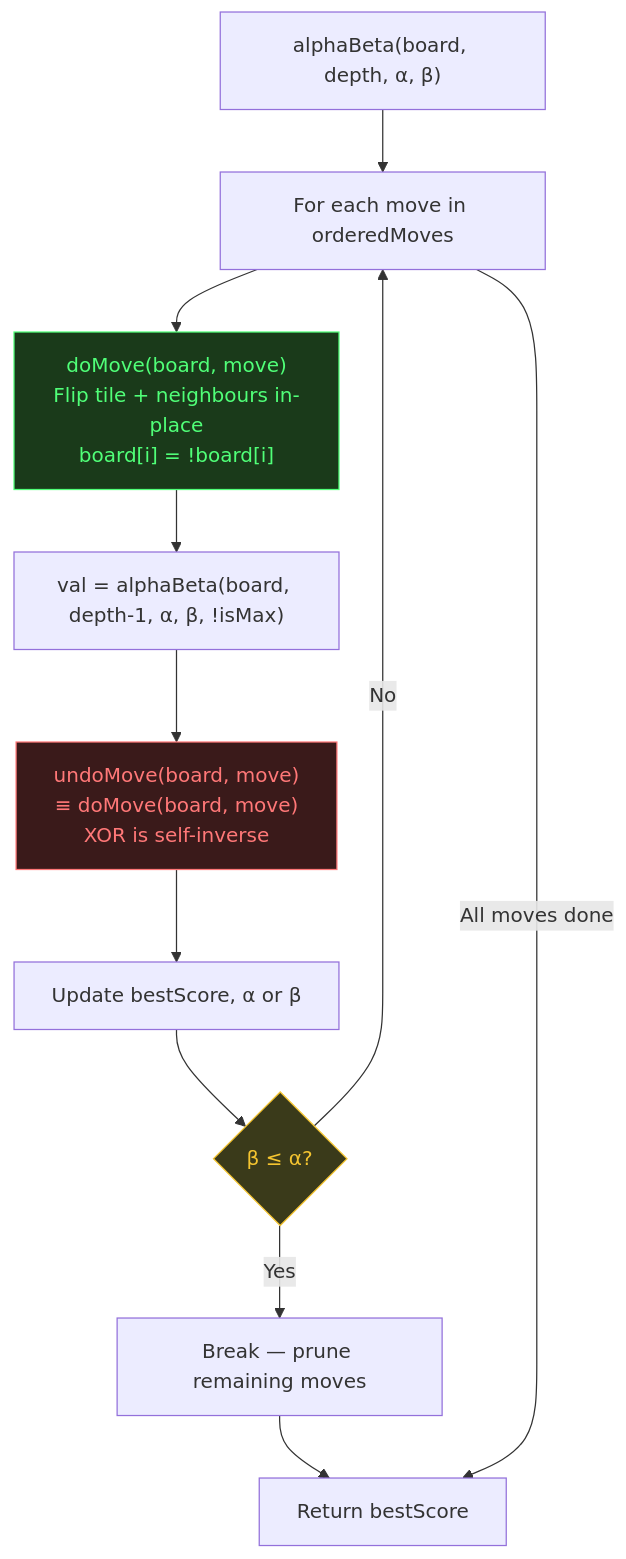
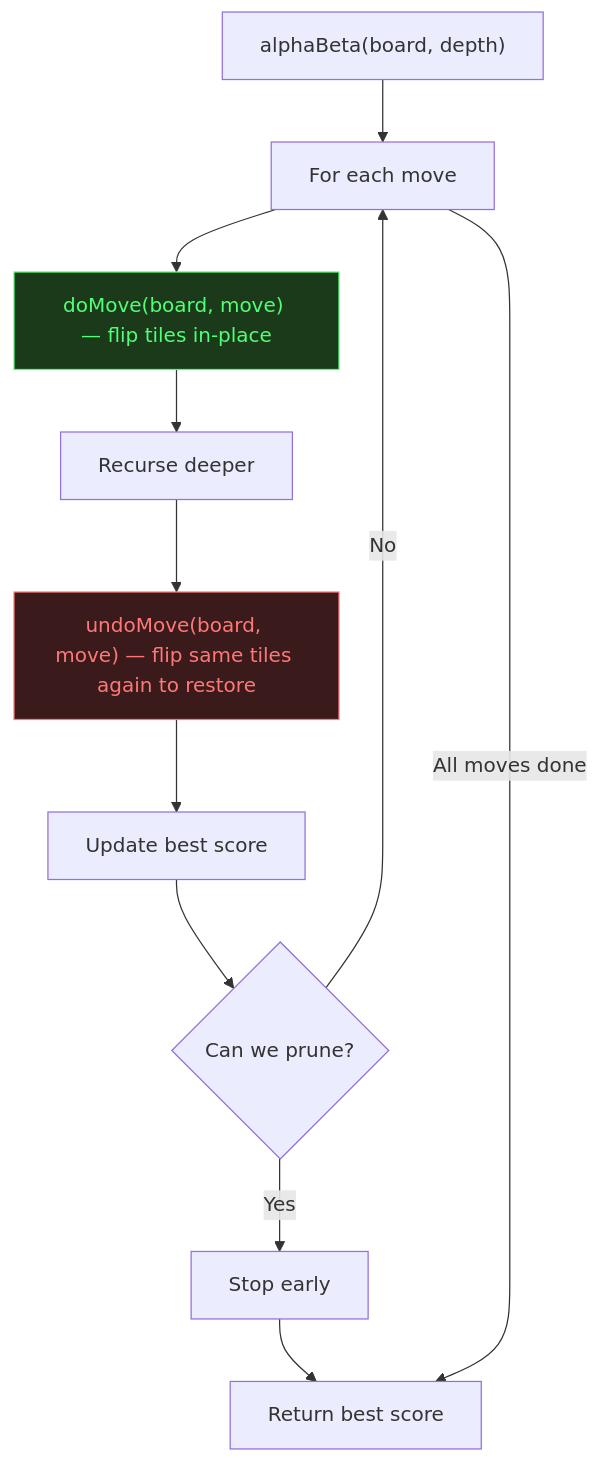
One commit to Ganesh2006646/FLIP changed the third of 6 diagrams in game_analysis_r3.md. Above: the diagram before and after it, drawn with Mermaid. The commit also changed other lines of this file, not shown here.

````diff
--- a/game_analysis_r3.md
+++ b/game_analysis_r3.md
@@ -182,17 +154,16 @@
 ```mermaid
 graph TD
-    Start["alphaBeta(board, depth, α, β)"] --> Loop["For each move in orderedMoves"]
-    Loop --> Do["doMove(board, move)<br>Flip tile + neighbours in-place<br>board[i] = !board[i]"]
-    Do --> Recurse["val = alphaBeta(board, depth-1, α, β, !isMax)"]
-    Recurse --> Undo["undoMove(board, move)<br>≡ doMove(board, move)<br>XOR is self-inverse"]
-    Undo --> Update["Update bestScore, α or β"]
-    Update --> Prune{"β ≤ α?"}
-    Prune -->|Yes| Break["Break — prune remaining moves"]
+    Start["alphaBeta(board, depth)"] --> Loop["For each move"]
+    Loop --> Do["doMove(board, move) — flip tiles in-place"]
+    Do --> Recurse["Recurse deeper"]
+    Recurse --> Undo["undoMove(board, move) — flip same tiles again to restore"]
+    Undo --> Update["Update best score"]
+    Update --> Prune{"Can we prune?"}
+    Prune -->|Yes| Break["Stop early"]
     Prune -->|No| Loop
-    Break --> Return["Return bestScore"]
+    Break --> Return["Return best score"]
     Loop -->|All moves done| Return
 
     style Do fill:#1a3a1a,color:#50FF78,stroke:#50FF78
     style Undo fill:#3a1a1a,color:#FF7878,stroke:#FF7878
-    style Prune fill:#3a3a1a,color:#F4C430,stroke:#F4C430
 ```
````
